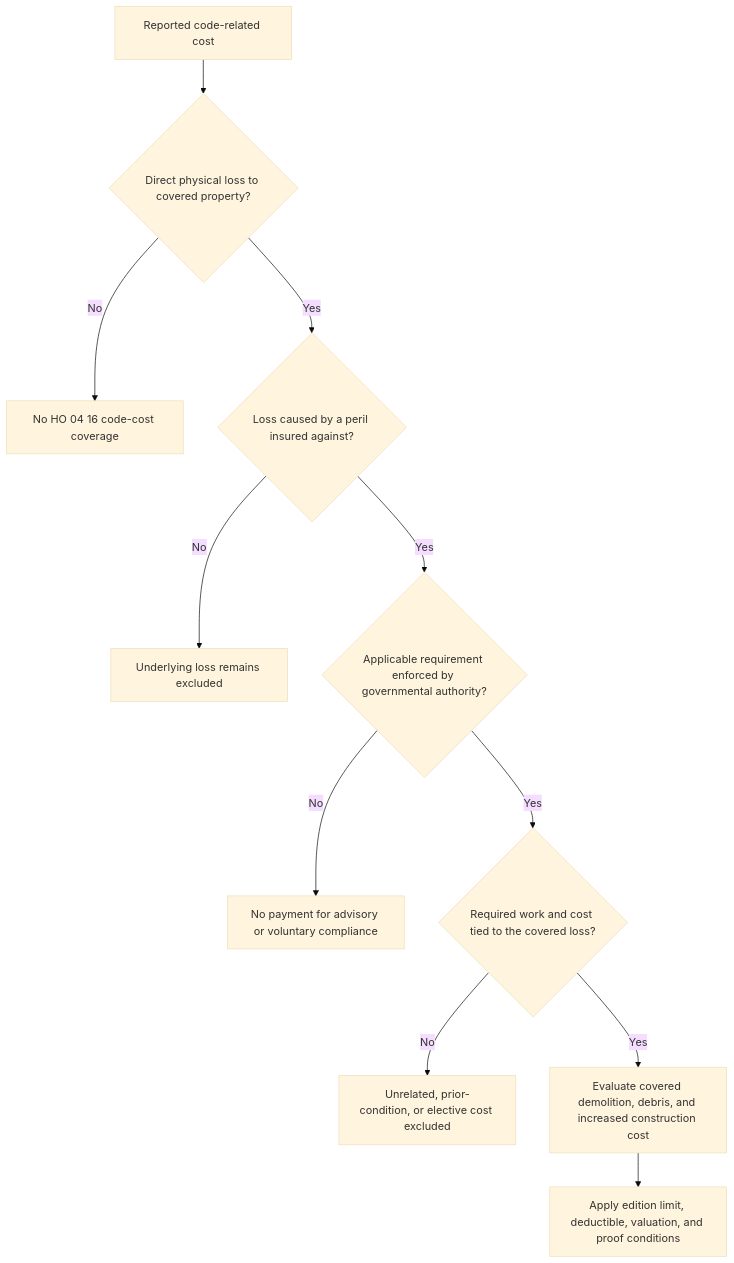
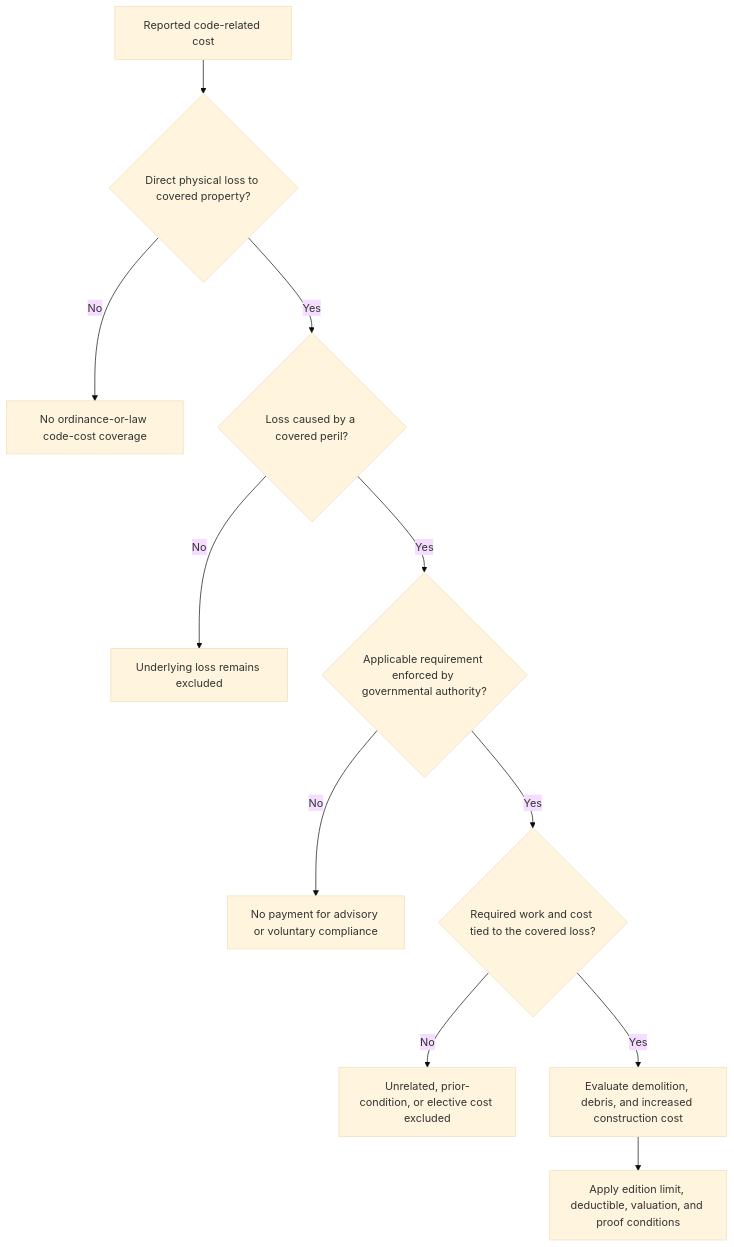
The diagram in openwiki/coverage/conditions/ordinance-law.md (eugeneliu-86/openwiki-insurance-corpus), drawn with Mermaid (base theme) before and after one commit. The commit also changed other lines of this file and 107 other files, not shown here.

````diff
--- a/openwiki/coverage/conditions/ordinance-law.md
+++ b/openwiki/coverage/conditions/ordinance-law.md
@@ -39,13 +39,13 @@
 ```mermaid
 flowchart TD
     start["Reported code-related cost"] --> physical{"Direct physical loss to covered property?"}
-    physical -->|"No"| noPhysical["No HO 04 16 code-cost coverage"]
-    physical -->|"Yes"| peril{"Loss caused by a peril insured against?"}
+    physical -->|"No"| noPhysical["No ordinance-or-law code-cost coverage"]
+    physical -->|"Yes"| peril{"Loss caused by a covered peril?"}
     peril -->|"No"| noPeril["Underlying loss remains excluded"]
     peril -->|"Yes"| enforcement{"Applicable requirement enforced by governmental authority?"}
     enforcement -->|"No"| noEnforcement["No payment for advisory or voluntary compliance"]
     enforcement -->|"Yes"| work{"Required work and cost tied to the covered loss?"}
     work -->|"No"| noWork["Unrelated, prior-condition, or elective cost excluded"]
-    work -->|"Yes"| covered["Evaluate covered demolition, debris, and increased construction cost"]
+    work -->|"Yes"| covered["Evaluate demolition, debris, and increased construction cost"]
     covered --> limit["Apply edition limit, deductible, valuation, and proof conditions"]
 ```
````
